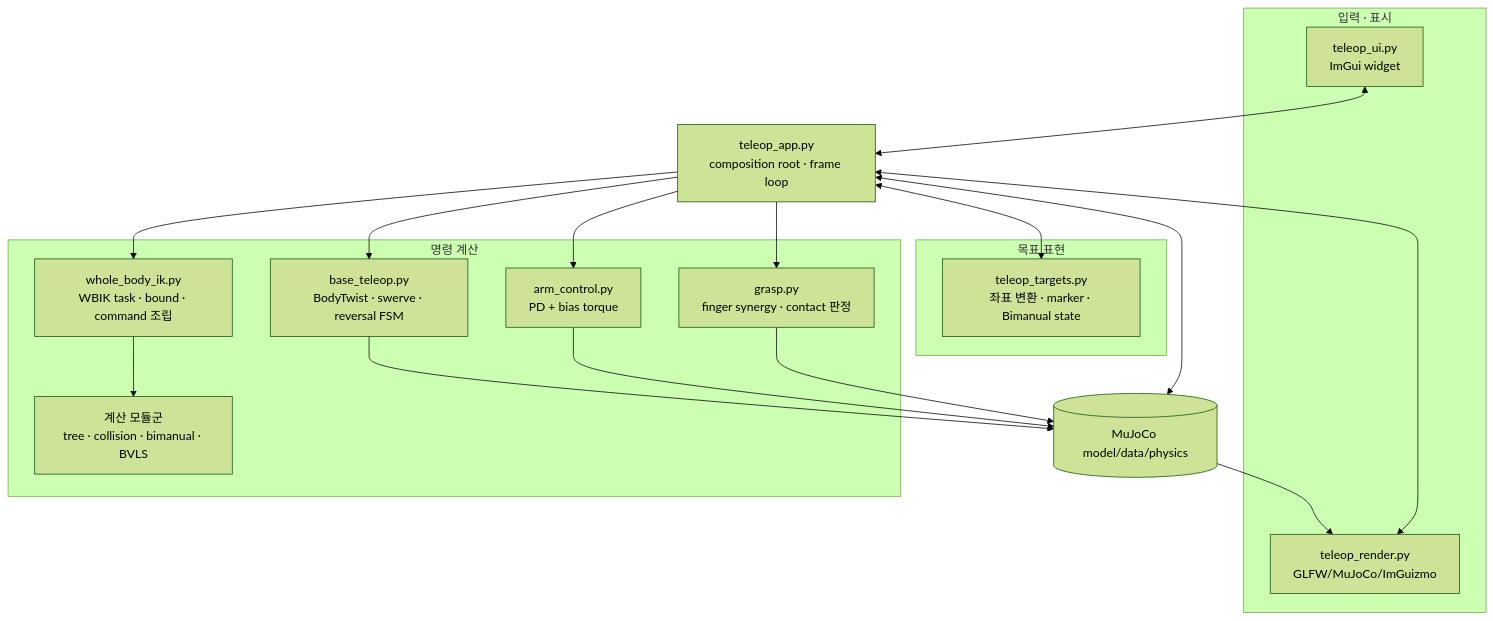
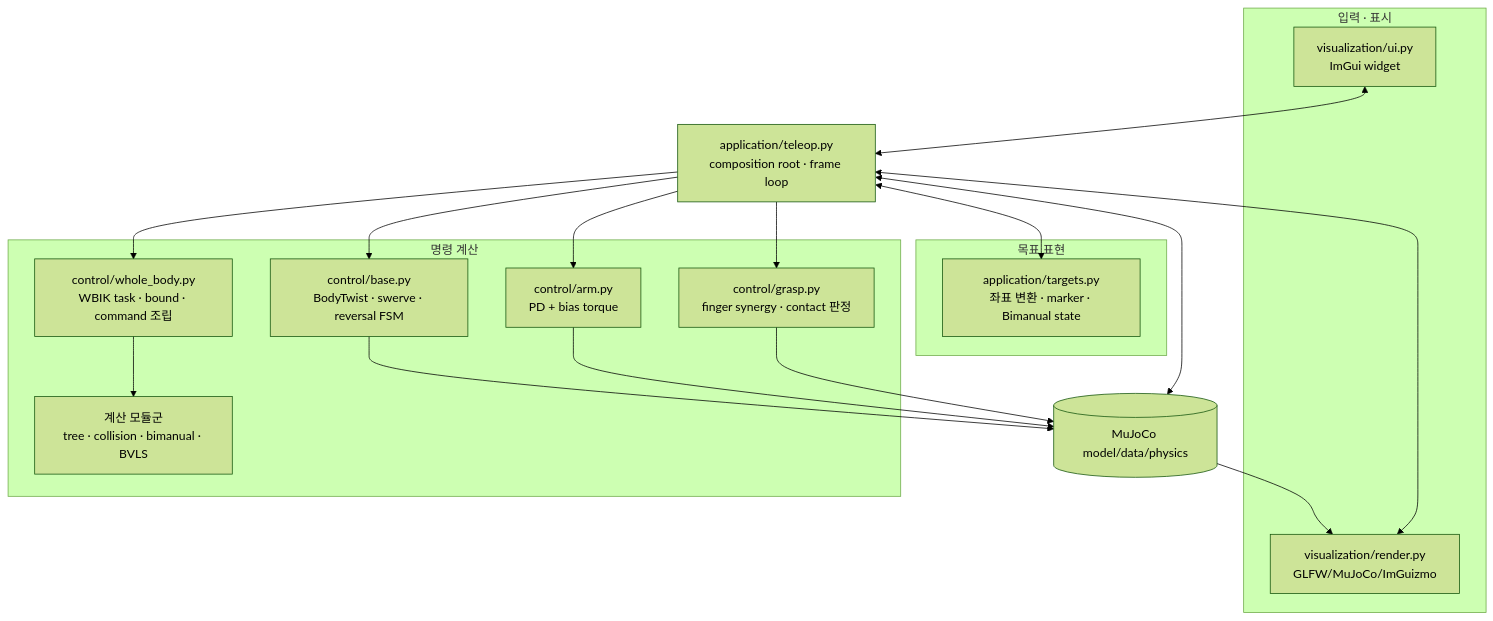
The first of 3 diagrams in docs/overview.md (Geonhee-LEE/aiworker-mj-lab), drawn with Mermaid (forest theme) before and after one commit. The commit also changed other lines of this file and 108 other files, not shown here.

````diff
--- a/docs/overview.md
+++ b/docs/overview.md
@@ -13,33 +20,33 @@
 ```mermaid
 flowchart TB
     subgraph Presentation["입력 · 표시"]
-        UI["teleop_ui.py<br>ImGui widget"]
-        R["teleop_render.py<br>GLFW/MuJoCo/ImGuizmo"]
+        UI["visualization/ui.py<br>ImGui widget"]
+        R["visualization/render.py<br>GLFW/MuJoCo/ImGuizmo"]
     end
     subgraph Intent["목표 표현"]
-        T["teleop_targets.py<br>좌표 변환 · marker · Bimanual state"]
+        T["application/targets.py<br>좌표 변환 · marker · Bimanual state"]
     end
     subgraph Decision["명령 계산"]
-        W["whole_body_ik.py<br>WBIK task · bound · command 조립"]
+        W["control/whole_body.py<br>WBIK task · bound · command 조립"]
         K["계산 모듈군<br>tree · collision · bimanual · BVLS"]
-        B["base_teleop.py<br>BodyTwist · swerve · reversal FSM"]
-        A["arm_control.py<br>PD + bias torque"]
-        G["grasp.py<br>finger synergy · contact 판정"]
+        B["control/base.py<br>BodyTwist · swerve · reversal FSM"]
+        A["control/arm.py<br>PD + bias torque"]
+        G["control/grasp.py<br>finger synergy · contact 판정"]
     end
-    APP["teleop_app.py<br>composition root · frame loop"]
+    APP["application/teleop.py<br>composition root · frame loop"]
     P[("MuJoCo model/data/physics")]
 
     UI <--> APP
     R <--> APP
     APP <--> T
     APP --> W
     W --> K
     APP --> B
     APP --> A
     APP --> G
     APP <--> P
     B --> P
     A --> P
     G --> P
     P --> R
 ```
````
